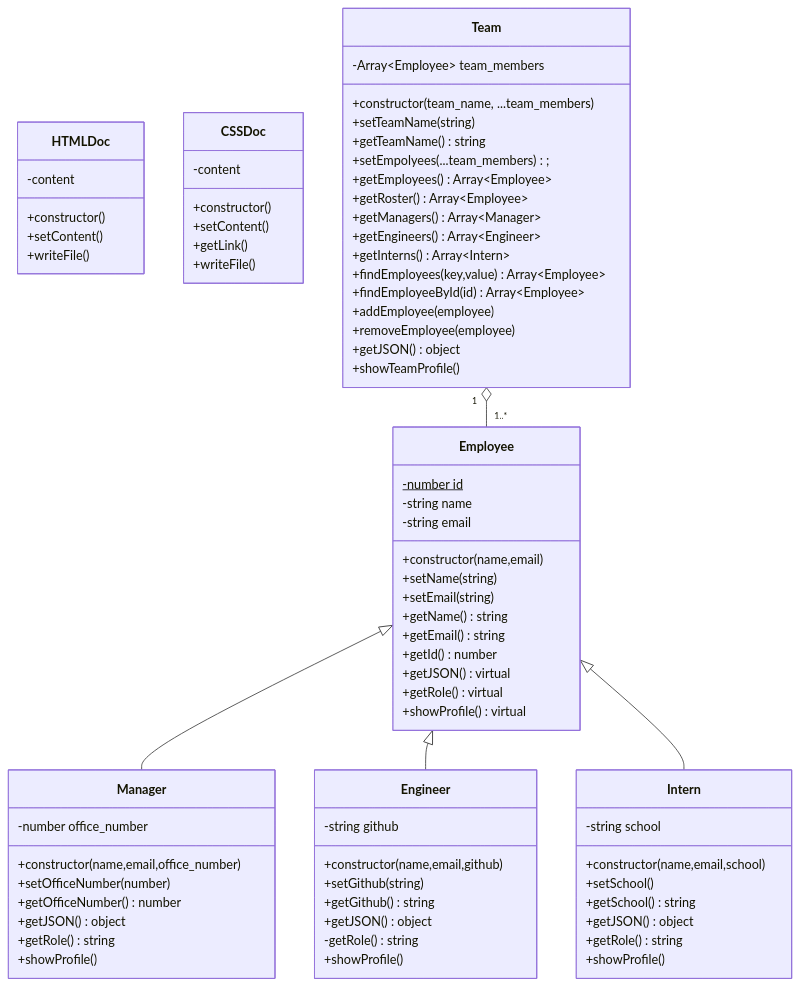
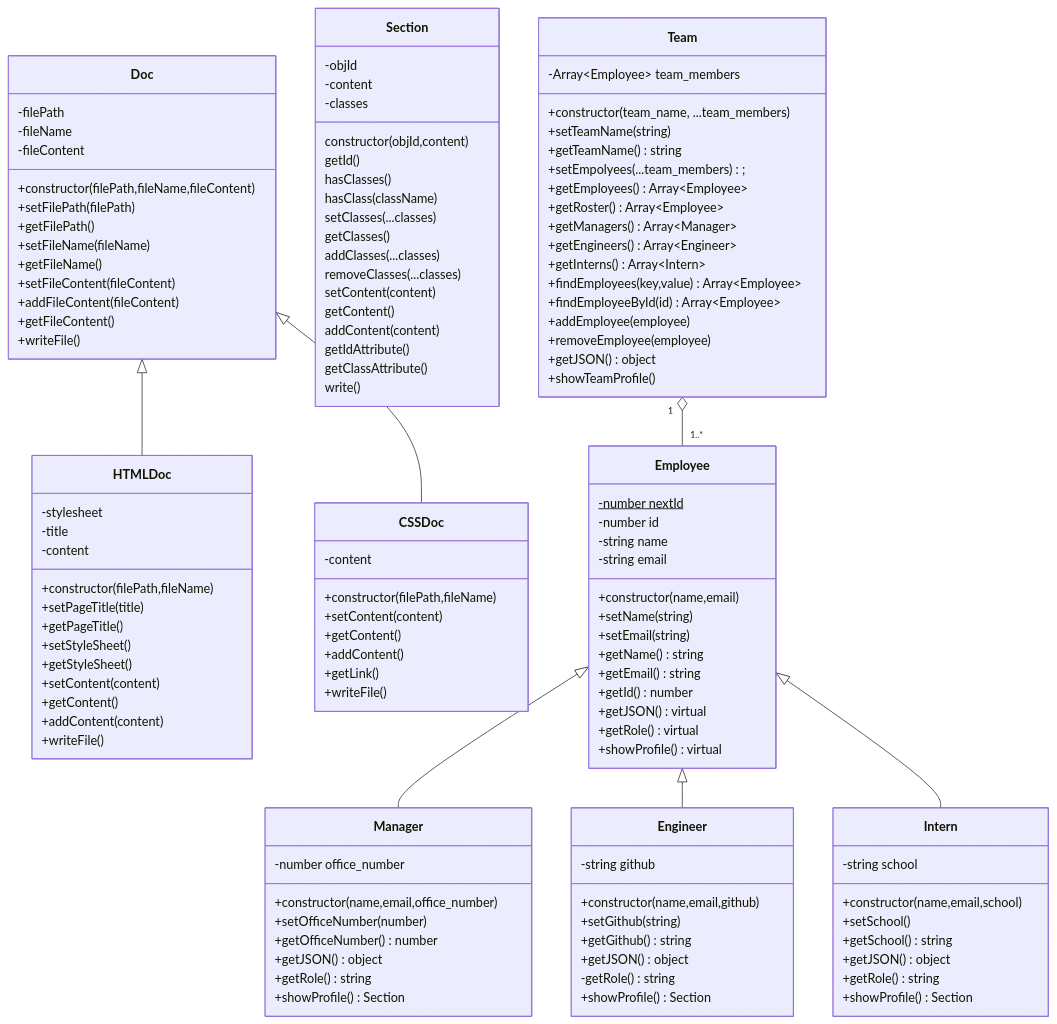
Before and after one commit to jrcharney/team-profile-generator: the first of 2 diagrams in README.md, drawn with Mermaid. The commit also changed other lines of this file and 15 other files, not shown here.

Commit message:
Profile Tests and Better File Classes

````diff
--- a/README.md
+++ b/README.md
@@ -72,23 +72,69 @@
 ```mermaid
 classDiagram
 
+class Doc {
+  -filePath
+  -fileName
+  -fileContent
+  +constructor(filePath,fileName,fileContent)
+  +setFilePath(filePath)
+  +getFilePath()
+  +setFileName(fileName)
+  +getFileName()
+  +setFileContent(fileContent)
+  +addFileContent(fileContent)
+  +getFileContent()
+  +writeFile()
+}
+
 class HTMLDoc {
+  -stylesheet
+  -title
   -content
-  +constructor()
-  +setContent()
+  +constructor(filePath,fileName)
+  +setPageTitle(title)
+  +getPageTitle()
+  +setStyleSheet()
+  +getStyleSheet()
+  +setContent(content)
+  +getContent()
+  +addContent(content)
   +writeFile()
 }
 
 class CSSDoc {
   -content
-  +constructor()
-  +setContent()
+  +constructor(filePath,fileName)
+  +setContent(content)
+  +getContent()
+  +addContent()
   +getLink()
   +writeFile()
 }
 
+class Section {
+  -objId
+  -content
+  -classes
+  constructor(objId,content)
+  getId()
+  hasClasses()
+  hasClass(className)
+  setClasses(...classes)
+  getClasses()
+  addClasses(...classes)
+  removeClasses(...classes)
+  setContent(content)
+  getContent()
+  addContent(content)
+  getIdAttribute()
+  getClassAttribute()
+  write()
+}
+
 class Employee {
-  -number id$
+  -number nextId$
+  -number id
   -string name
   -string email
   +constructor(name,email)
@@ -109,7 +155,7 @@
   +getOfficeNumber() number
   +getJSON() object
   +getRole() string
-  +showProfile()
+  +showProfile() Section
 }
 
 class Engineer {
@@ -119,7 +165,7 @@
   +getGithub() string
   +getJSON() object
   -getRole() string
-  +showProfile()
+  +showProfile() Section
 }
 
 class Intern {
@@ -129,7 +175,7 @@
   +getSchool() string
   +getJSON() object
   +getRole() string
-  +showProfile()
+  +showProfile() Section
 }
 
 class Team {
@@ -151,6 +197,9 @@
  +showTeamProfile()
 }
 
+Doc <|-- HTMLDoc
+Doc <|-- CSSDoc
+
 Employee <|-- Manager
 Employee <|-- Engineer
 Employee <|-- Intern
````
